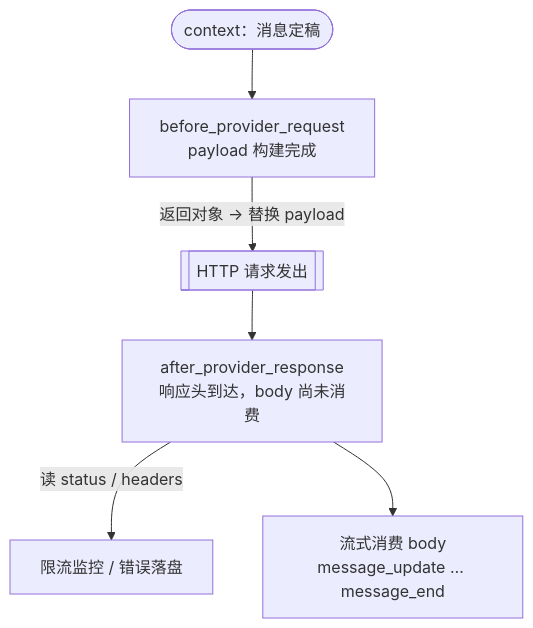
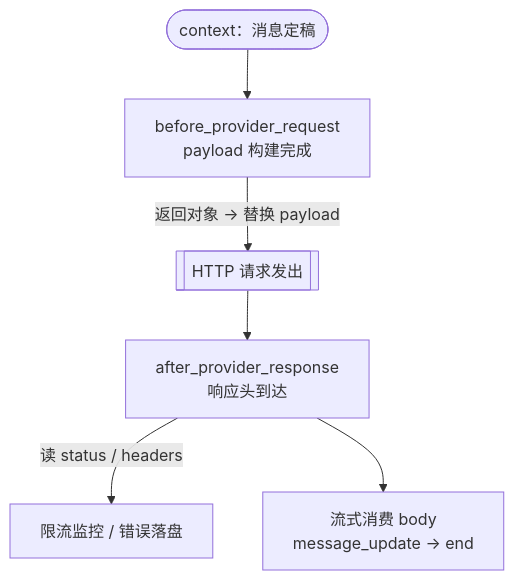
One commit to kunge2013/kunge2013.github.io changed the diagram in docs/posts/pi-agent/19-hellopi-provider.md. Above: the diagram before and after it, drawn with Mermaid. The commit also changed 9 other files, not shown here.

First line of the commit message:
fix: 修复 mermaid 流程图中文标签溢出裁切

````diff
--- a/docs/posts/pi-agent/19-hellopi-provider.md
+++ b/docs/posts/pi-agent/19-hellopi-provider.md
@@ -17,8 +17,8 @@
 ```mermaid
 flowchart TD
     CTX(["context：消息定稿"]) --> BPR["before_provider_request<br/>payload 构建完成"]
     BPR -->|"返回对象 → 替换 payload"| HTTP[["HTTP 请求发出"]]
-    HTTP --> APR["after_provider_response<br/>响应头到达，body 尚未消费"]
+    HTTP --> APR["after_provider_response<br/>响应头到达"]
     APR -->|"读 status / headers"| OBS["限流监控 / 错误落盘"]
-    APR --> BODY["流式消费 body<br/>message_update … message_end"]
+    APR --> BODY["流式消费 body<br/>message_update → end"]
 ```
````
